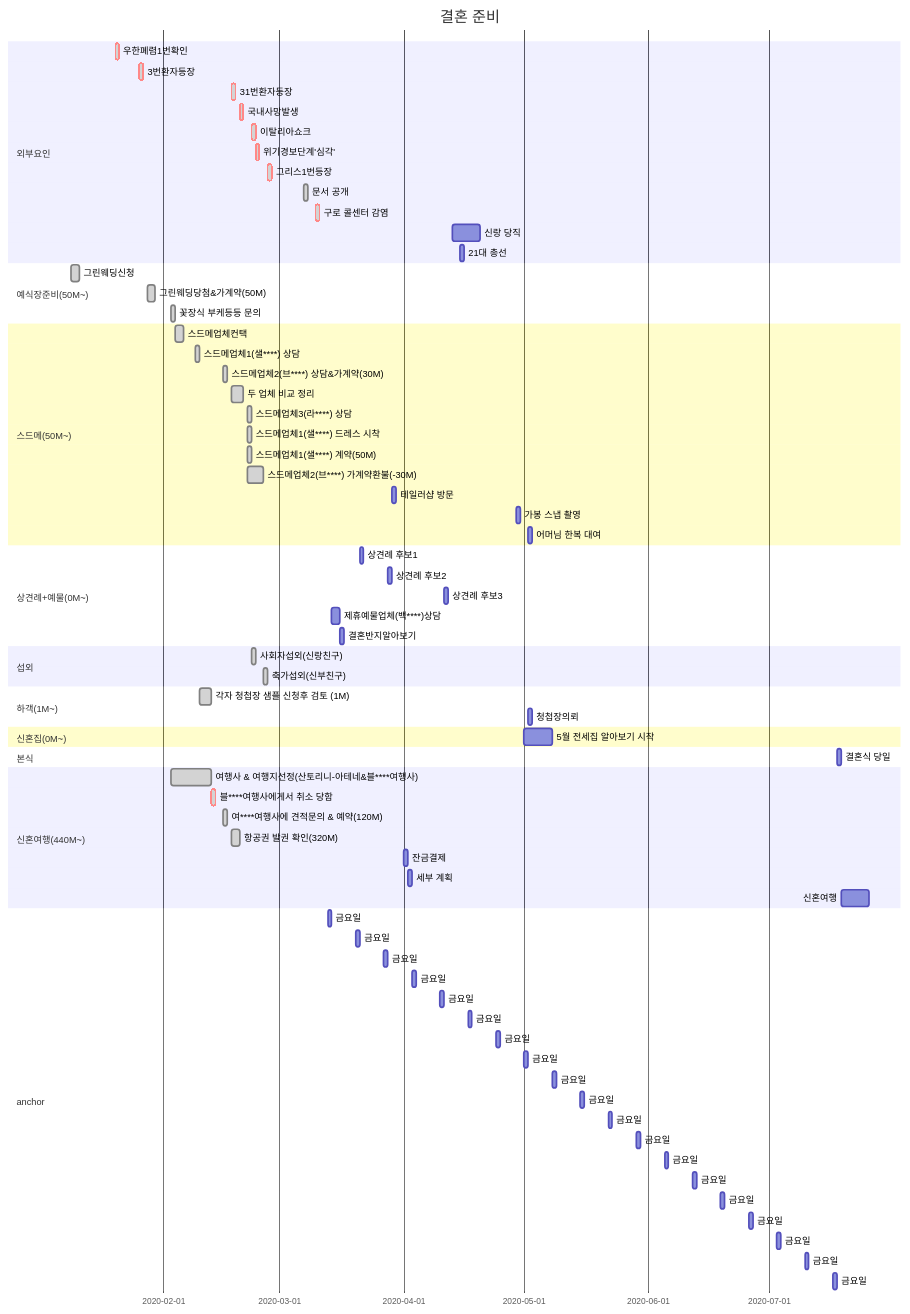
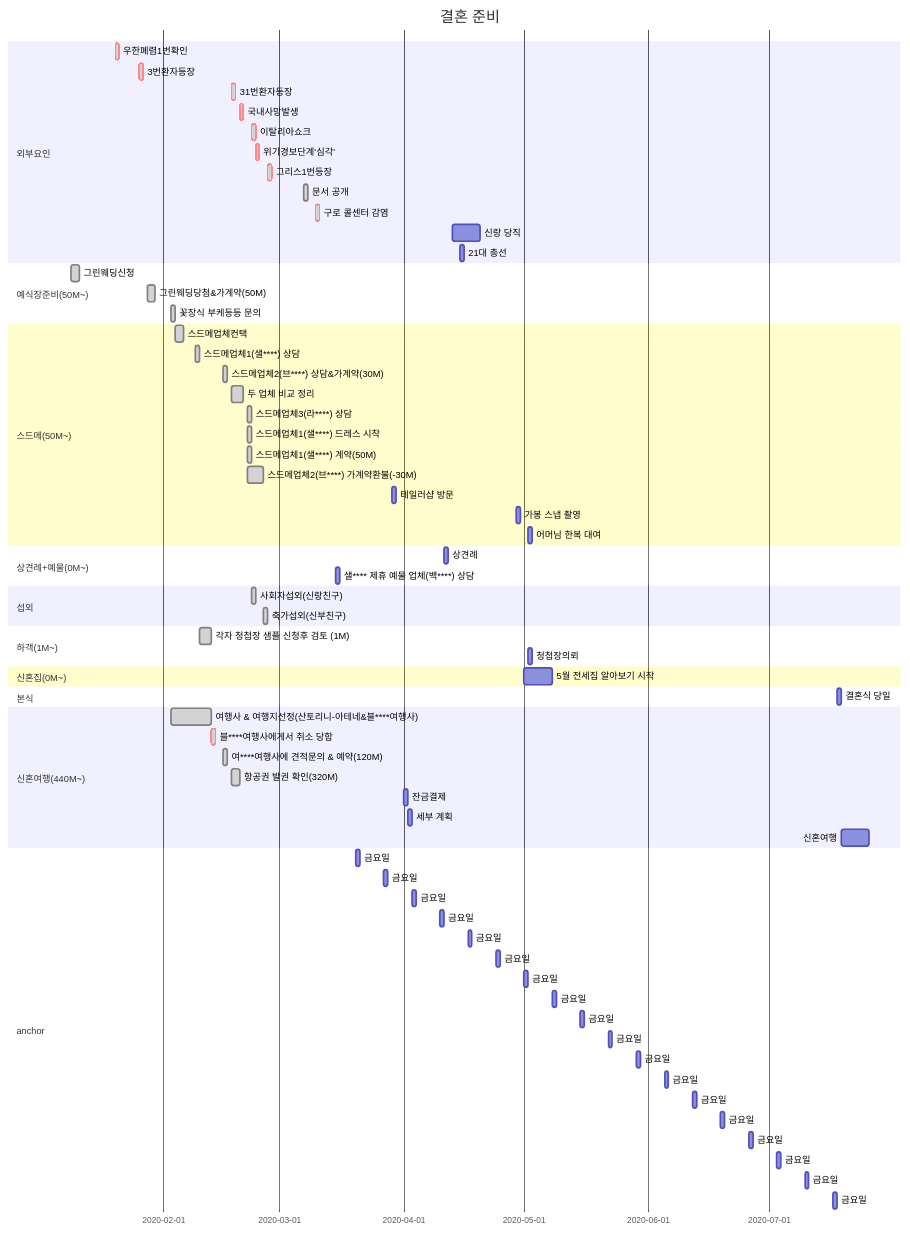
Before and after one commit to rino0601/hjk52knk: the diagram in docs/_static/journal.mmd, drawn with Mermaid.

Commit message:
update gantt

```diff
--- a/docs/_static/journal.mmd
+++ b/docs/_static/journal.mmd
@@ -1,85 +1,81 @@
 gantt
   title 결혼 준비
   dateFormat  YYYY-MM-DD
 
   section 외부요인
     우한폐렴1번확인: done, crit, 2020-01-20, 1d
     3번환자등장: done, crit, 2020-01-26, 1d
     31번환자등장: done, crit, 2020-02-18, 1d
     국내사망발생: done, crit, 2020-02-20, 1d
     이탈리아쇼크: done, crit, 2020-02-23, 1d
     위기경보단계'심각': done, crit, 2020-02-24, 1d
     그리스1번등장: done, crit, 2020-02-27, 1d
     문서 공개: done, 2020-03-07, 1d
     구로 콜센터 감염: done, crit, 2020-03-10, 1d
     신랑 당직: 2020-04-13, 2020-04-20
     21대 총선: 2020-04-15, 1d
 
   section 예식장준비(50M~)
     그린웨딩신청: done, 2020-01-09, 2d
     그린웨딩당첨&가계약(50M): done, 2020-01-28, 2d
     꽃장식 부케등등 문의: done, 2020-02-03, 1d
 
   section 스드메(50M~)
     스드메업체컨택: done, 2020-02-04, 2d
     스드메업체1(샐****) 상담: done, 2020-02-09, 1d
     스드메업체2(브****) 상담&가계약(30M): done, 2020-02-16, 1d
     두 업체 비교 정리: done, 2020-02-18, 2020-02-21
     스드메업체3(라****) 상담: done, 2020-02-22, 1d
     스드메업체1(샐****) 드레스 시착: done, 2020-02-22, 1d
     스드메업체1(샐****) 계약(50M): done, 2020-02-22, 1d
     스드메업체2(브****) 가계약환불(-30M): done, 2020-02-22, 2020-02-26
     테일러샵 방문: 2020-03-29, 1d
     가봉 스냅 촬영: 2020-04-29, 1d
     어머님 한복 대여: 2020-05-02, 1d
 
   section 상견례+예물(0M~)
-    상견례 후보1: 2020-03-21, 1d
-    상견례 후보2: 2020-03-28, 1d
-    상견례 후보3: 2020-04-11, 1d
-    제휴예물업체(백****)상담: after a18, 2d
-    결혼반지알아보기: 1d
+    상견례: 2020-04-11, 1d
+    샐**** 제휴 예물 업체(백****) 상담: 2020-03-15, 1d
 
   section 섭외
     사회자섭외(신랑친구): done, 2020-02-23, 1d
     축가섭외(신부친구): done, 2020-02-26, 1d
 
   section 하객(1M~)
     각자 청첩장 샘플 신청후 검토 (1M): done, 2020-02-10, 2020-02-13
     청첩장의뢰                : after a11, 1d
 
   section 신혼집(0M~)
     5월 전세집 알아보기 시작: 2020-05-01, 7d
 
   section 본식
     결혼식 당일: dday, 2020-07-18  , 1d
 
   section 신혼여행(440M~)
     여행사 & 여행지선정(산토리니-아테네&블****여행사): done, 2020-02-03, 2020-02-13
     블****여행사에게서 취소 당함: done, crit, 2020-02-13, 1d
     여****여행사에 견적문의 & 예약(120M): done, 2020-02-16, 2020-02-17
     항공권 발권 확인(320M): done, 2020-02-18, 2020-02-20
     잔금결제: 2020-04-01, 1d
     세부 계획: 1d
     신혼여행: 2020-07-19, 2020-07-26
 
   section anchor
-    금요일: a18, 2020-03-13, 1d
     금요일: a17, 2020-03-20, 1d
     금요일: a16, 2020-03-27, 1d
     금요일: a15, 2020-04-03, 1d
     금요일: a14, 2020-04-10, 1d
     금요일: a13, 2020-04-17, 1d
     금요일: a12, 2020-04-24, 1d
     금요일: a11, 2020-05-01, 1d
     금요일: a10, 2020-05-08, 1d
     금요일: a9, 2020-05-15, 1d
     금요일: a8, 2020-05-22, 1d
     금요일: a7, 2020-05-29, 1d
     금요일: a6, 2020-06-05, 1d
     금요일: a5, 2020-06-12, 1d
     금요일: a4, 2020-06-19, 1d
     금요일: a3, 2020-06-26, 1d
     금요일: a2, 2020-07-03, 1d
     금요일: a1, 2020-07-10, 1d
     금요일: a0, 2020-07-17, 1d
```
